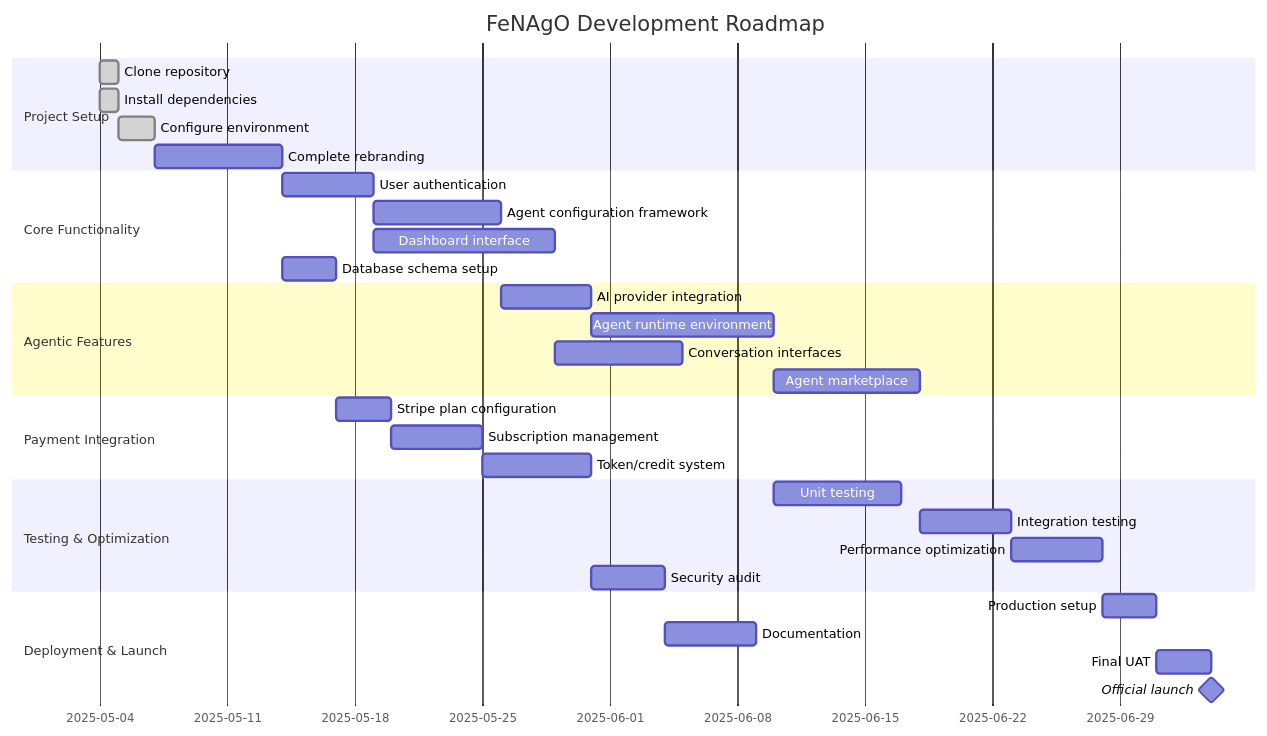
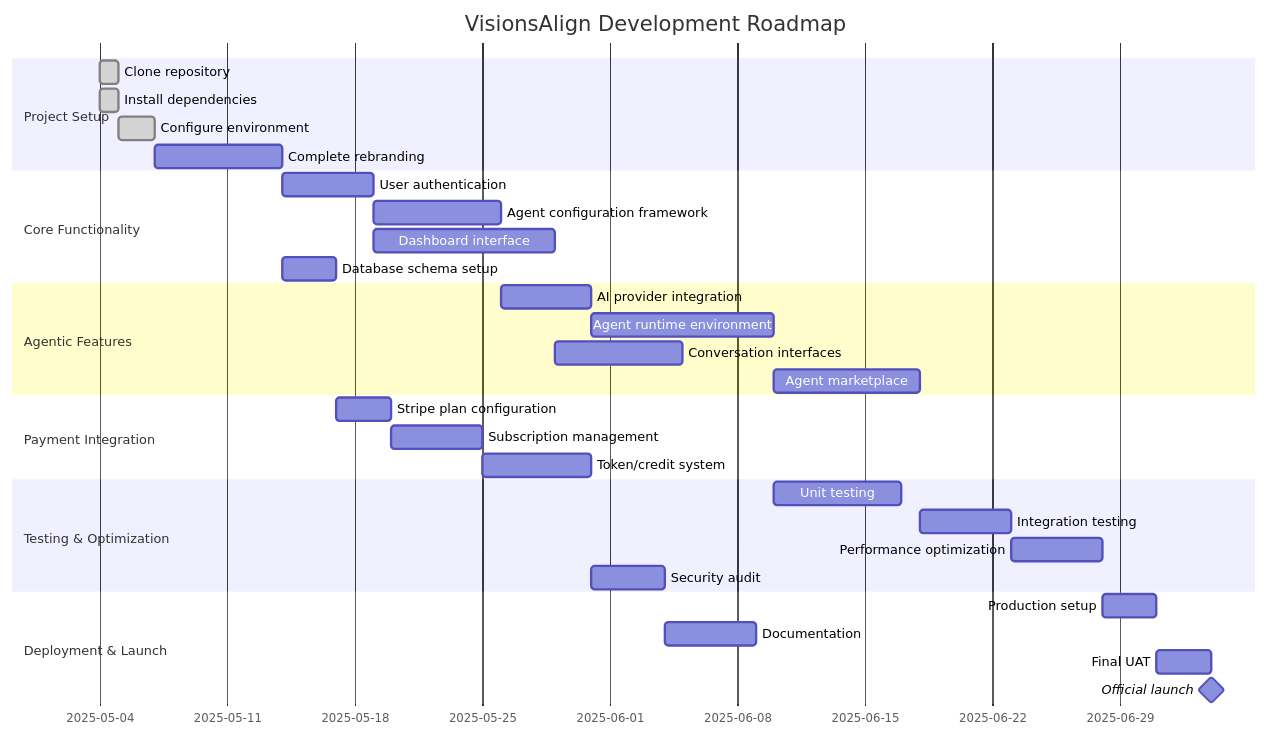
The diagram in DevPlanDocs/mermaid-development-roadmap.md (EladioAMendez/visions_align), drawn with Mermaid before and after one commit. The commit also changed other lines of this file and 38 other files, not shown here.

````diff
--- a/DevPlanDocs/mermaid-development-roadmap.md
+++ b/DevPlanDocs/mermaid-development-roadmap.md
@@ -5,39 +5,39 @@
 ```mermaid
 gantt
-    title FeNAgO Development Roadmap
+    title VisionsAlign Development Roadmap
     dateFormat  YYYY-MM-DD
     section Project Setup
     Clone repository           :done, s1, 2025-05-04, 1d
     Install dependencies      :done, s2, 2025-05-04, 1d
     Configure environment     :done, s3, after s2, 2d
     Complete rebranding       :s4, after s3, 7d
     
     section Core Functionality
     User authentication        :c1, after s4, 5d
     Agent configuration framework :c2, after c1, 7d
     Dashboard interface        :c3, after c1, 10d
     Database schema setup      :c4, after s4, 3d
     
     section Agentic Features
     AI provider integration    :a1, after c2, 5d
     Agent runtime environment  :a2, after a1, 10d
     Conversation interfaces    :a3, after c3, 7d
     Agent marketplace          :a4, after a2, 8d
     
     section Payment Integration
     Stripe plan configuration  :p1, after c4, 3d
     Subscription management    :p2, after p1, 5d
     Token/credit system        :p3, after p2, 6d
     
     section Testing & Optimization
     Unit testing               :t1, after a2, 7d
     Integration testing        :t2, after a4, 5d
     Performance optimization   :t3, after t2, 5d
     Security audit             :t4, after p3, 4d
     
     section Deployment & Launch
     Production setup           :d1, after t3, 3d
     Documentation              :d2, after t4, 5d
     Final UAT                  :d3, after d1, 3d
     Official launch            :milestone, m1, after d2 d3, 0d
 ```
````
